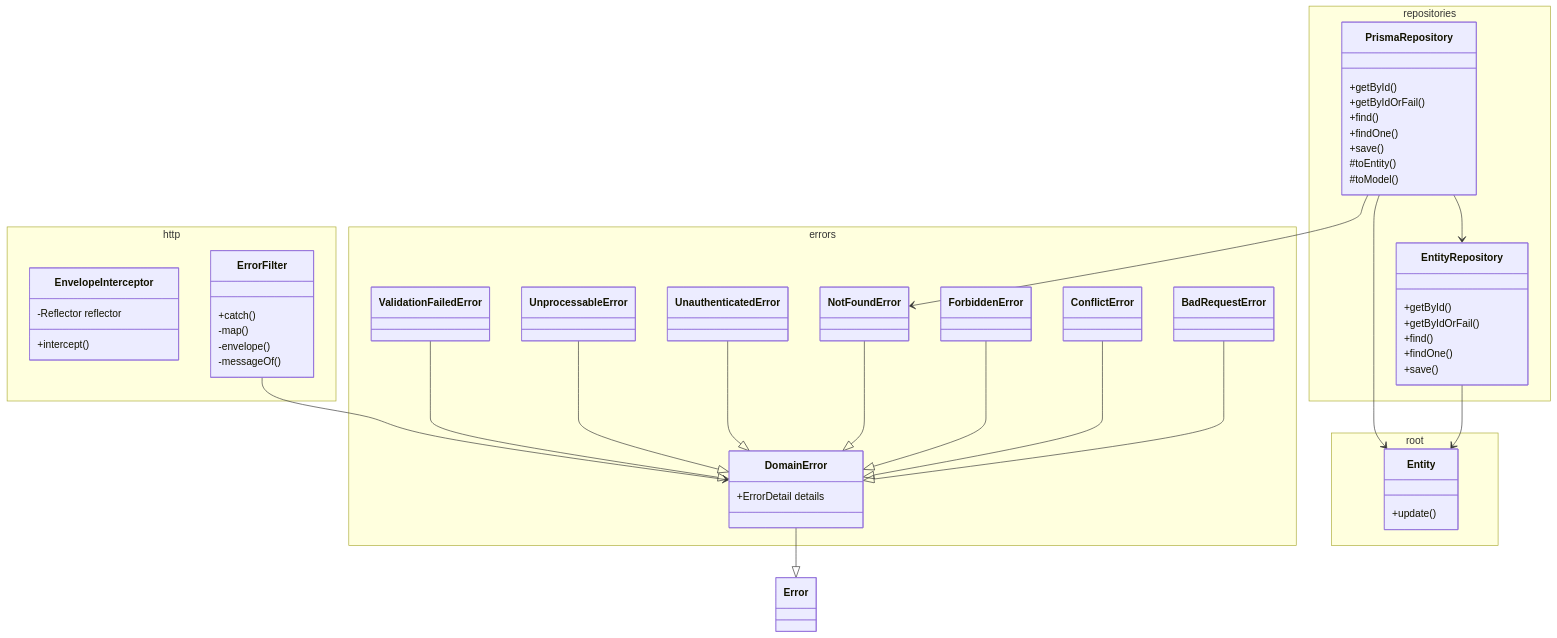
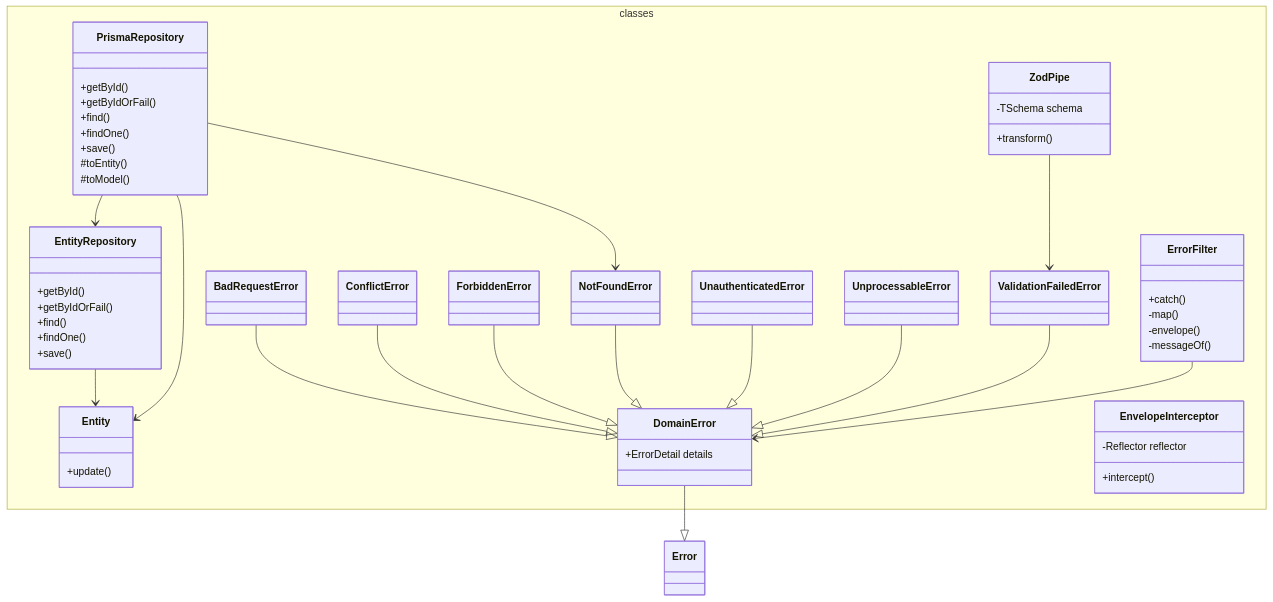
Before and after one commit to pslotinsky/decay-of-magic: the diagram in packages/core/README.md, drawn with Mermaid. The commit also changed other lines of this file and 38 other files, not shown here.

````diff
--- a/packages/core/README.md
+++ b/packages/core/README.md
@@ -6,64 +8,63 @@
 ```mermaid
 classDiagram
-  namespace errors {
+  namespace classes {
+    class Entity {
+      +update()
+    }
     class BadRequestError
     class ConflictError
     class DomainError {
       +ErrorDetail details
     }
     class ForbiddenError
     class NotFoundError
     class UnauthenticatedError
     class UnprocessableError
     class ValidationFailedError
-  }
-  namespace http {
     class EnvelopeInterceptor {
       -Reflector reflector
       +intercept()
     }
     class ErrorFilter {
       +catch()
       -map()
       -envelope()
       -messageOf()
     }
-  }
-  namespace repositories {
+    class ZodPipe {
+      -TSchema schema
+      +transform()
+    }
     class EntityRepository {
       +getById()
       +getByIdOrFail()
       +find()
       +findOne()
       +save()
     }
     class PrismaRepository {
       +getById()
       +getByIdOrFail()
       +find()
       +findOne()
       +save()
       #toEntity()
       #toModel()
     }
   }
-  namespace root {
-    class Entity {
-      +update()
-    }
-  }
 
   BadRequestError --|> DomainError
   ConflictError --|> DomainError
   DomainError --|> Error
   ForbiddenError --|> DomainError
   NotFoundError --|> DomainError
   UnauthenticatedError --|> DomainError
   UnprocessableError --|> DomainError
   ValidationFailedError --|> DomainError
   ErrorFilter --> DomainError
+  ZodPipe --> ValidationFailedError
   EntityRepository --> Entity
   PrismaRepository --> Entity
   PrismaRepository --> NotFoundError
   PrismaRepository --> EntityRepository
 ```
````
